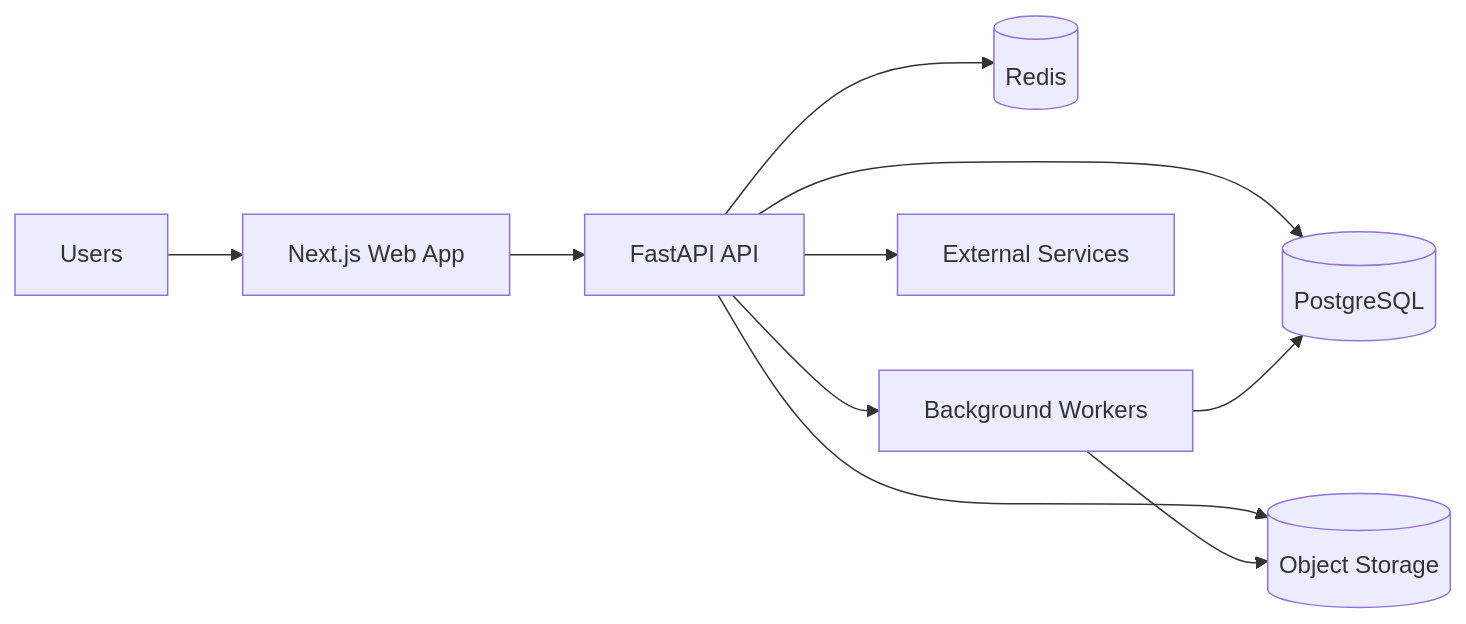
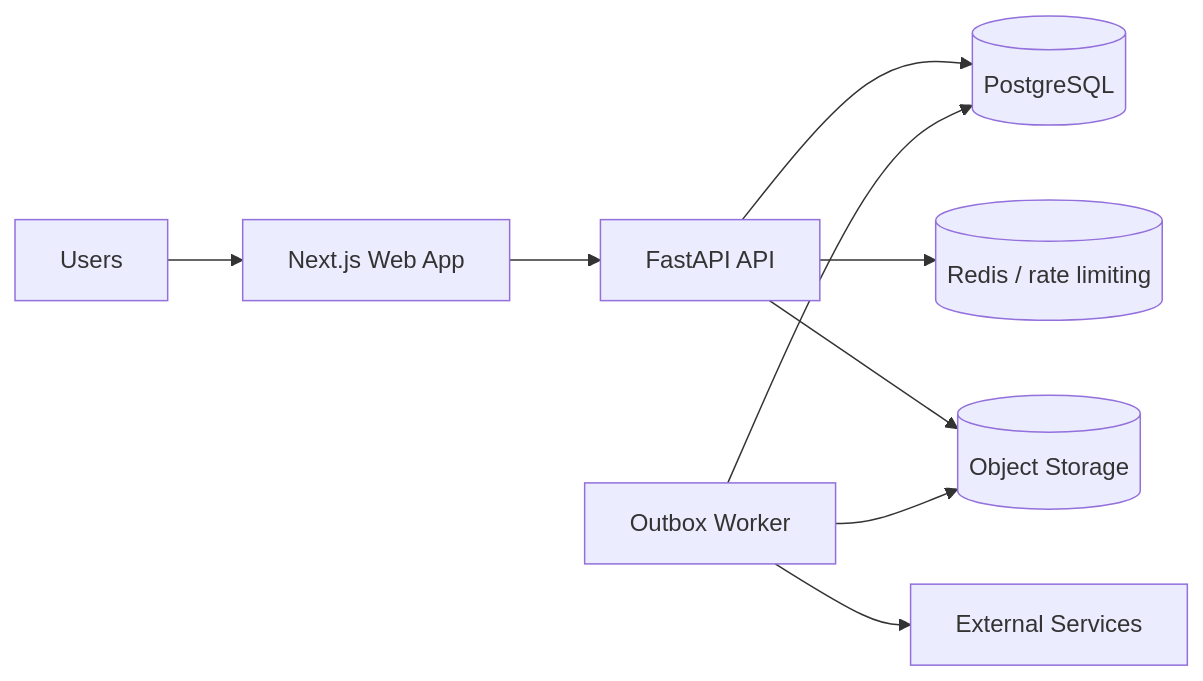
Before and after one commit to villamoros/rexfy: the second of 3 diagrams in docs/02_c4_architecture_model.md, drawn with Mermaid. The commit also changed other lines of this file and 40 other files, not shown here.

Commit message:
feat: complete maintainable architecture epic

````diff
--- a/docs/02_c4_architecture_model.md
+++ b/docs/02_c4_architecture_model.md
@@ -63,21 +66,20 @@
 ```mermaid
 flowchart LR
   U[Users]
   FE[Next.js Web App]
   API[FastAPI API]
   DB[(PostgreSQL)]
-  CACHE[(Redis)]
-  WK[Background Workers]
+  CACHE[(Redis / rate limiting)]
+  WK[Outbox Worker]
   OBJ[(Object Storage)]
   EXT[External Services]
 
   U --> FE
   FE --> API
   API --> DB
   API --> CACHE
   API --> OBJ
-  API --> WK
   WK --> DB
   WK --> OBJ
-  API --> EXT
+  WK --> EXT
 ```
````
